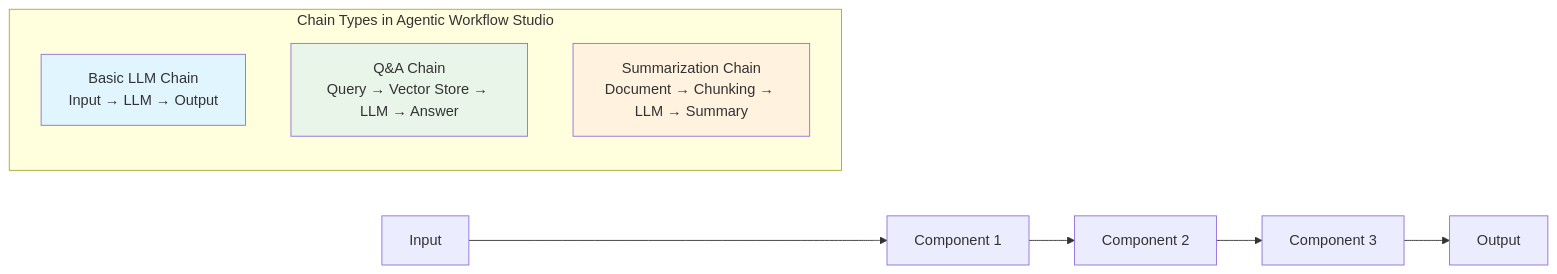
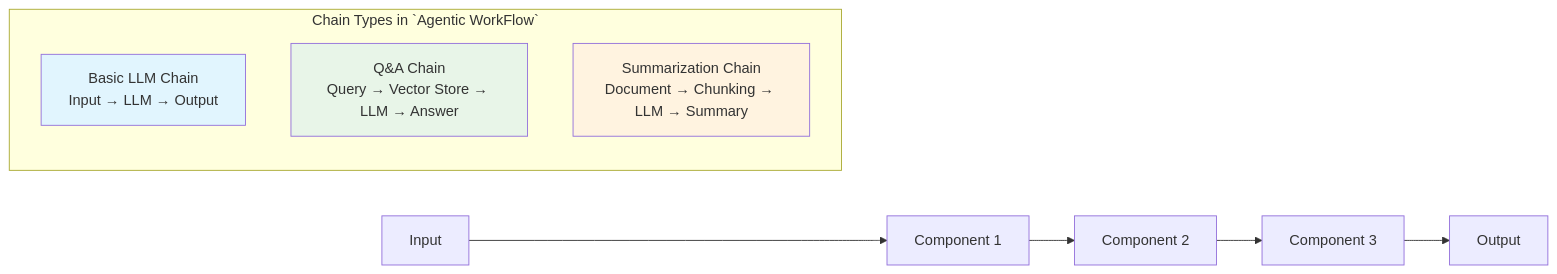
One commit to agentic-com/Agentic-Flow-Doc changed the diagram in src/content/docs/advanced-ai/examples/understand-chains.md. Above: the diagram before and after it, drawn with Mermaid. The commit also changed other lines of this file and 182 other files, not shown here.

````diff
--- a/src/content/docs/advanced-ai/examples/understand-chains.md
+++ b/src/content/docs/advanced-ai/examples/understand-chains.md
@@ -12,17 +12,17 @@
 ```mermaid
 flowchart LR
     A[Input] --> B[Component 1]
     B --> C[Component 2]
     C --> D[Component 3]
     D --> E[Output]
 
-    subgraph "Chain Types in Agentic Workflow Studio"
+    subgraph "Chain Types in `Agentic WorkFlow`"
         F[Basic LLM Chain<br/>Input → LLM → Output]
         G[Q&A Chain<br/>Query → Vector Store → LLM → Answer]
         H[Summarization Chain<br/>Document → Chunking → LLM → Summary]
     end
 
     style F fill:#e1f5fe
     style G fill:#e8f5e8
     style H fill:#fff3e0
 ```
````
